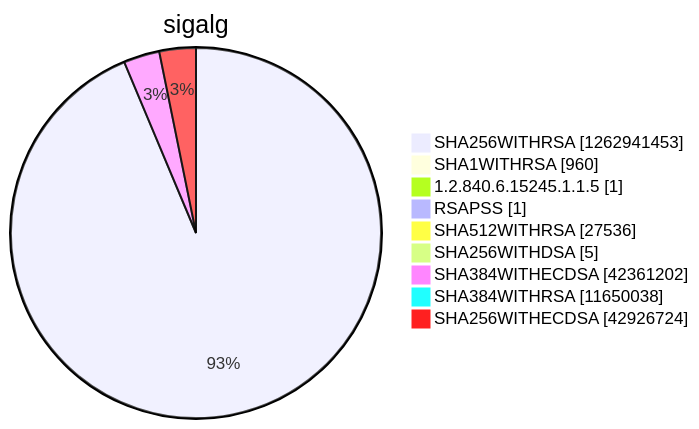
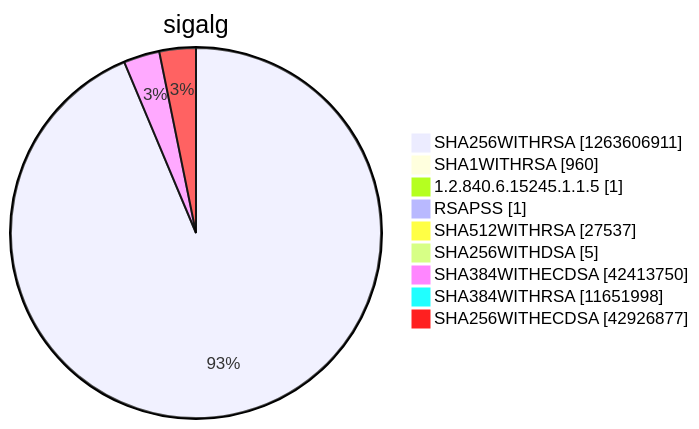
Diagram 15 of 15 in argon2022/README.md (christiankrug/ctmonitor_visualization), drawn with Mermaid before and after one commit. The commit also changed other lines of this file, not shown here.

````diff
--- a/argon2022/README.md
+++ b/argon2022/README.md
@@ -5522,13 +5522,13 @@
 ```mermaid
 pie showData
 title sigalg
-"SHA256WITHRSA" :1262941453
+"SHA256WITHRSA" :1263606911
 "SHA1WITHRSA" :960
 "1.2.840.6.15245.1.1.5" :1
 "RSAPSS" :1
-"SHA512WITHRSA" :27536
+"SHA512WITHRSA" :27537
 "SHA256WITHDSA" :5
-"SHA384WITHECDSA" :42361202
-"SHA384WITHRSA" :11650038
-"SHA256WITHECDSA" :42926724
+"SHA384WITHECDSA" :42413750
+"SHA384WITHRSA" :11651998
+"SHA256WITHECDSA" :42926877
 ```
````
